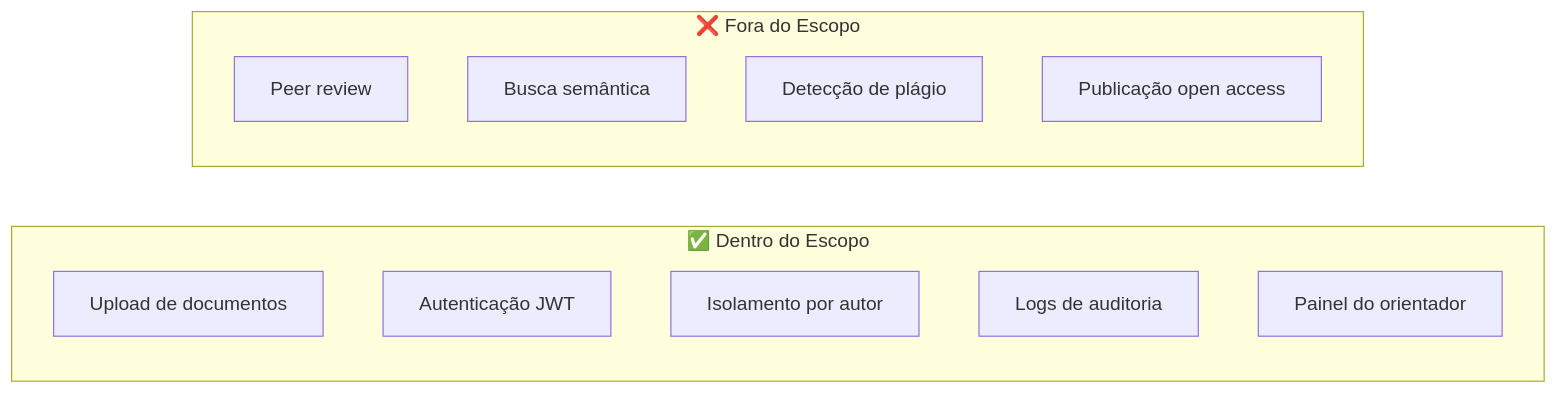
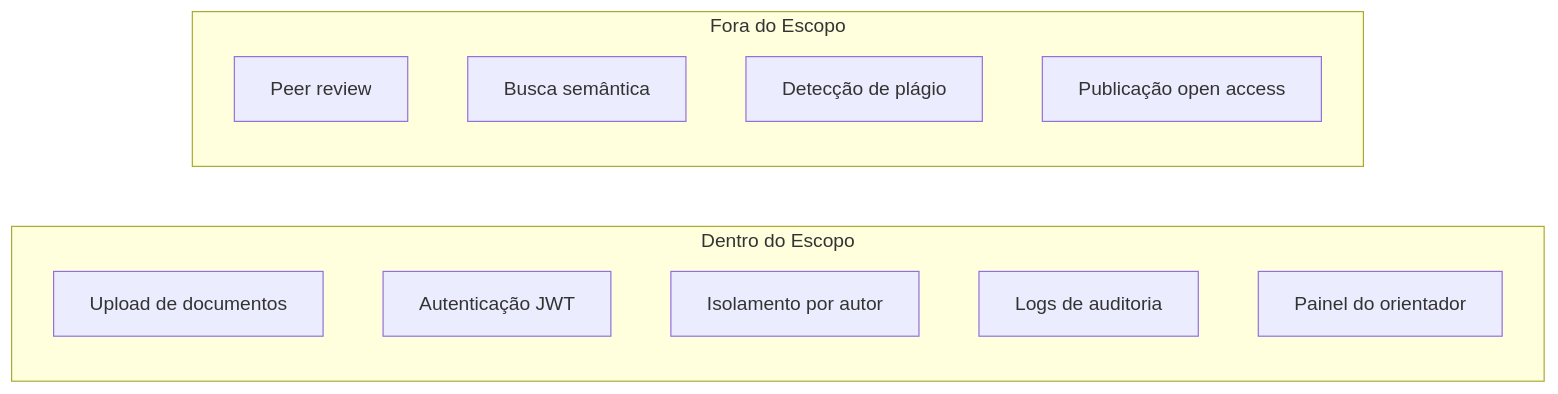
The diagram in docs/produto/strategy/matriz_e_nao_e.md (pedrohpsantos/EdTech), drawn with Mermaid before and after one commit. The commit also changed 15 other files, not shown here.

````diff
--- a/docs/produto/strategy/matriz_e_nao_e.md
+++ b/docs/produto/strategy/matriz_e_nao_e.md
@@ -51,17 +51,17 @@
 ```mermaid
 flowchart LR
-    subgraph Dentro["✅ Dentro do Escopo"]
+    subgraph Dentro[" Dentro do Escopo"]
         A["Upload de documentos"]
         B["Autenticação JWT"]
         C["Isolamento por autor"]
         D["Logs de auditoria"]
         E["Painel do orientador"]
     end
 
-    subgraph Fora["❌ Fora do Escopo"]
+    subgraph Fora[" Fora do Escopo"]
         F["Peer review"]
         G["Busca semântica"]
         H["Detecção de plágio"]
         I["Publicação open access"]
     end
 ```
````
